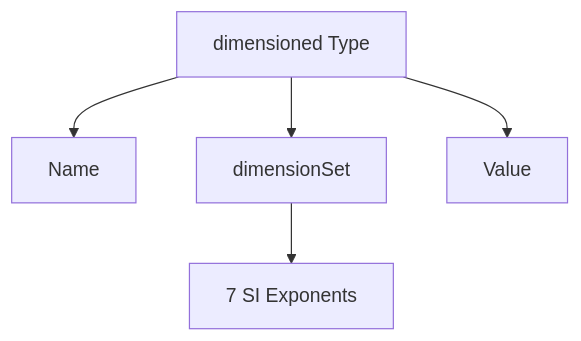
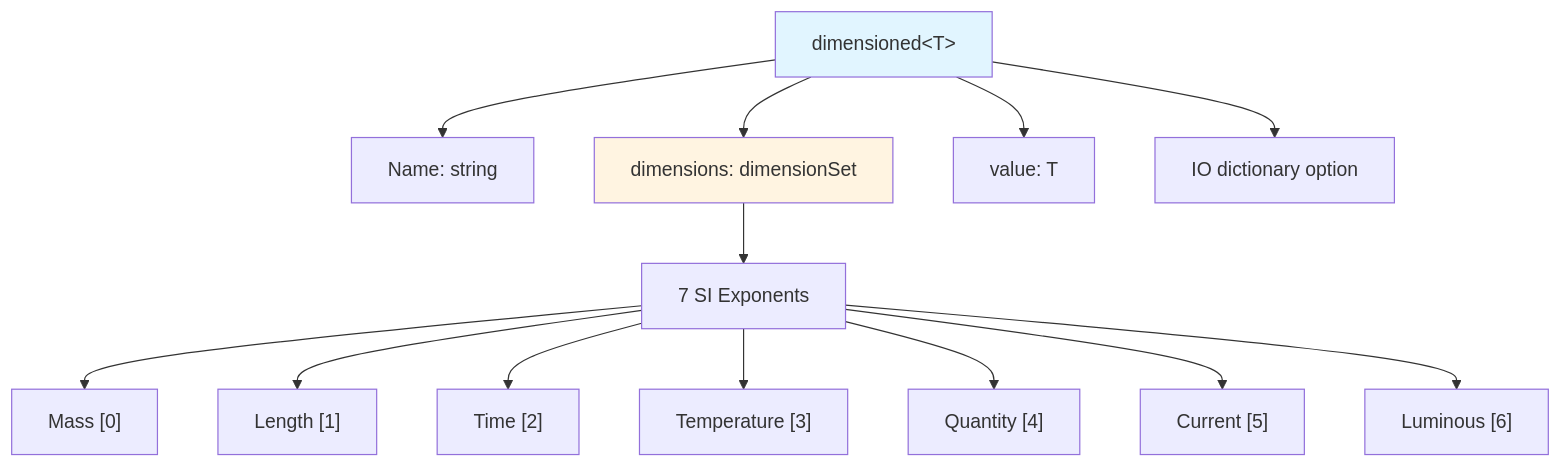
Before and after one commit to wramet/build-my-cfd: the first of 3 diagrams in MODULE_05_OPENFOAM_PROGRAMMING/CONTENT/02_DIMENSIONED_TYPES/02_Physics_Aware_Type_System.md, drawn with Mermaid. The commit also changed other lines of this file and 124 other files, not shown here.

````diff
--- a/MODULE_05_OPENFOAM_PROGRAMMING/CONTENT/02_DIMENSIONED_TYPES/02_Physics_Aware_Type_System.md
+++ b/MODULE_05_OPENFOAM_PROGRAMMING/CONTENT/02_DIMENSIONED_TYPES/02_Physics_Aware_Type_System.md
@@ -43,7 +69,19 @@
 ```mermaid
 flowchart TD
-    A[dimensioned Type] --> B[Name]
-    A --> C[dimensionSet]
-    A --> D[Value]
-    C --> E[7 SI Exponents]
+    A[dimensioned&lt;T&gt;] --> B[Name: string]
+    A --> C[dimensions: dimensionSet]
+    A --> D[value: T]
+    A --> E[IO dictionary option]
+    
+    C --> F[7 SI Exponents]
+    F --> F0["Mass [0]"]
+    F --> F1["Length [1]"]
+    F --> F2["Time [2]"]
+    F --> F3["Temperature [3]"]
+    F --> F4["Quantity [4]"]
+    F --> F5["Current [5]"]
+    F --> F6["Luminous [6]"]
+    
+    style A fill:#e1f5ff
+    style C fill:#fff4e1
 ```
````
